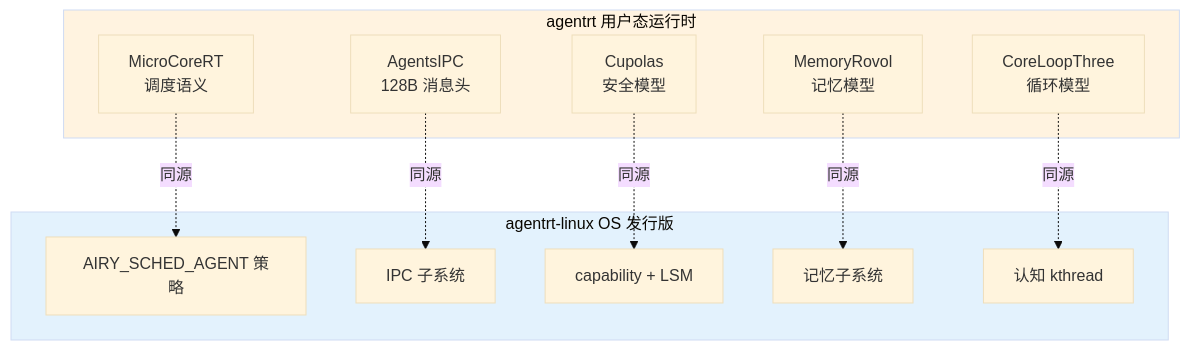
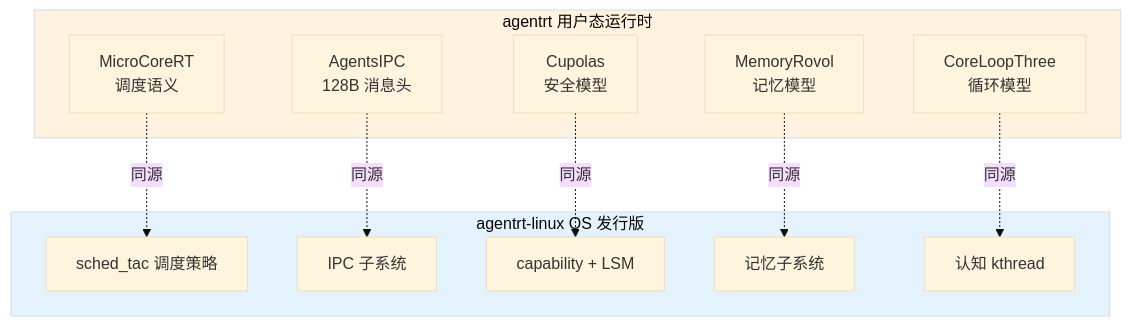
One commit to openairymax/docs-linux changed the second of 2 diagrams in 130-roadmap/01-development-strategy.md. Above: the diagram before and after it, drawn with Mermaid (base theme). The commit also changed other lines of this file and 181 other files, not shown here.

Commit message:
docs: 批量更新文档中的IRON-9版本与调度器命名 1. 将所有IRON-9 v2引用升级为IRON-9 v3，统一四层共享模型版本号 2. 将方案C-Prime、AIRY_SCHED_AGENT相关表述替换为sched_tac、stc_agent 3. 更新OpenStandards/README.md的许可证信息为CC-BY-4.0

````diff
--- a/130-roadmap/01-development-strategy.md
+++ b/130-roadmap/01-development-strategy.md
@@ -314,24 +314,24 @@
 ```mermaid
 graph TB
     subgraph agentrt[agentrt 用户态运行时]
         A1[MicroCoreRT<br/>调度语义]
         A2[AgentsIPC<br/>128B 消息头]
         A3[Cupolas<br/>安全模型]
         A4[MemoryRovol<br/>记忆模型]
         A5[CoreLoopThree<br/>循环模型]
     end
     subgraph agentrt-linux[agentrt-linux OS 发行版]
-        O1[AIRY_SCHED_AGENT 策略]
+        O1[sched_tac 调度策略]
         O2[IPC 子系统]
         O3[capability + LSM]
         O4[记忆子系统]
         O5[认知 kthread]
     end
     A1 -.同源.-> O1
     A2 -.同源.-> O2
     A3 -.同源.-> O3
     A4 -.同源.-> O4
     A5 -.同源.-> O5
     style agentrt fill:#fff3e0
     style agentrt-linux fill:#e3f2fd
 ```
````
